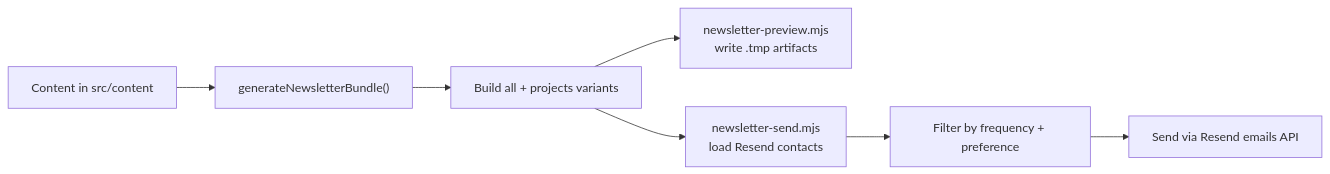
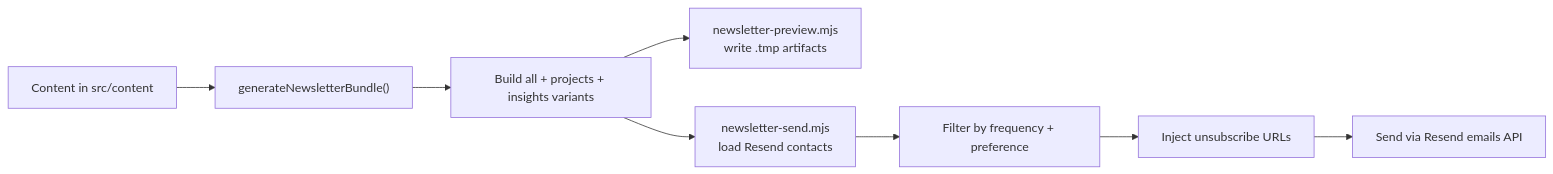
One commit to mnttnm/digital-garden changed the diagram in docs/newsletter-workflow.md. Above: the diagram before and after it, drawn with Mermaid. The commit also changed other lines of this file and 9 other files, not shown here.

First line of the commit message:
fix newsletter: add unsubscribe links, insights variant, bot protection

````diff
--- a/docs/newsletter-workflow.md
+++ b/docs/newsletter-workflow.md
@@ -19,9 +20,10 @@
 ```mermaid
 flowchart LR
   A["Content in src/content"] --> B["generateNewsletterBundle()"]
-  B --> C["Build all + projects variants"]
+  B --> C["Build all + projects + insights variants"]
   C --> D["newsletter-preview.mjs\nwrite .tmp artifacts"]
   C --> E["newsletter-send.mjs\nload Resend contacts"]
   E --> F["Filter by frequency + preference"]
-  F --> G["Send via Resend emails API"]
+  F --> G["Inject unsubscribe URLs"]
+  G --> H["Send via Resend emails API"]
 ```
````
